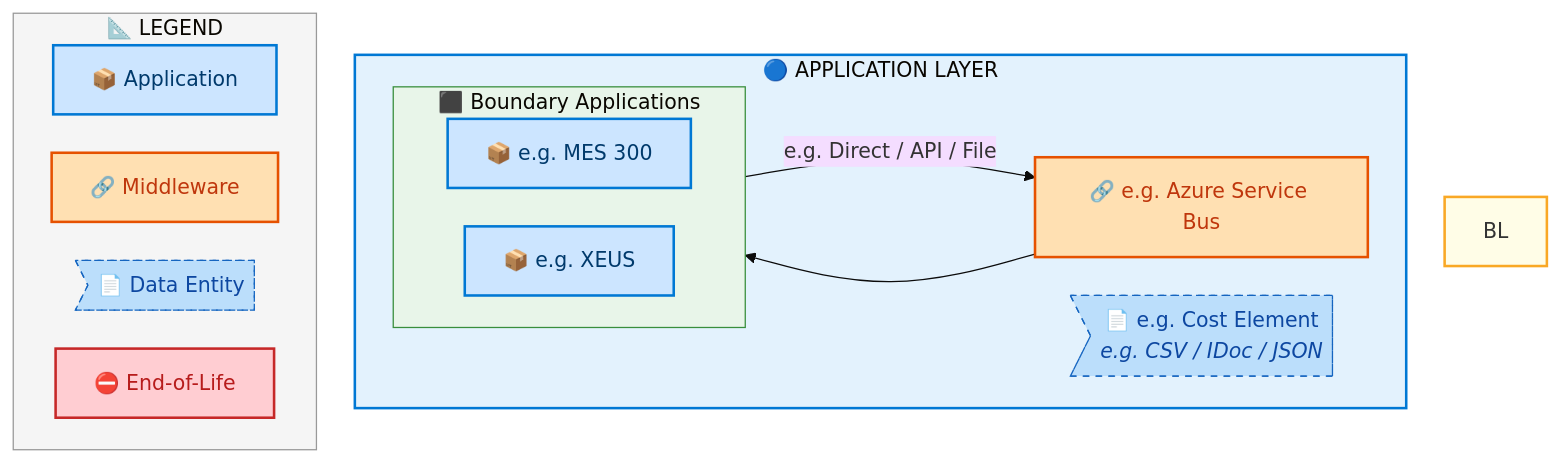
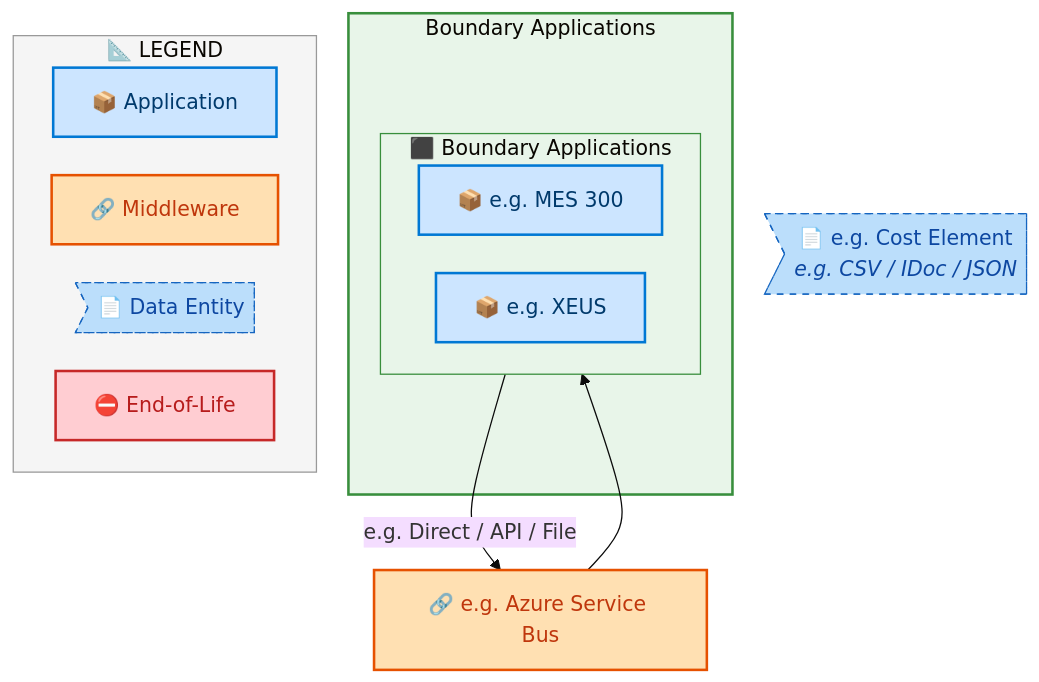
One commit to sajivfrancis777/IAO-Architecture changed diagram 16 of 19 in towers/E2E/Forecast to Stock/E2E-74/output/docs/systems-architecture/E2E-74-Architecture.md. Above: the diagram before and after it, drawn with Mermaid. The commit also changed other lines of this file and 106 other files, not shown here.

First line of the commit message:
feat: tier-grouped swim lane layout for architecture diagrams

````diff
--- a/towers/E2E/Forecast to Stock/E2E-74/output/docs/systems-architecture/E2E-74-Architecture.md
+++ b/towers/E2E/Forecast to Stock/E2E-74/output/docs/systems-architecture/E2E-74-Architecture.md
@@ -2651,41 +2651,40 @@
 ```mermaid
 %%{init: {"theme": "base", "securityLevel": "loose", "themeVariables": {"fontSize": "16px", "fontFamily": "Segoe UI, Arial, sans-serif"}, "flowchart": {"useMaxWidth": false, "htmlLabels": true, "nodeSpacing": 30, "rankSpacing": 35}} }%%
 flowchart TB
     %% -- ArchiMate 3.2 + Azure style classes --
     classDef business      fill:#FFFFB3,stroke:#F9A825,stroke-width:2px,color:#000
     classDef app           fill:#CCE5FF,stroke:#0078D4,stroke-width:2px,color:#003A6C
     classDef data          fill:#BBDEFB,stroke:#1565C0,stroke-width:1px,color:#0D47A1,stroke-dasharray: 5 5
     classDef middleware    fill:#FFE0B2,stroke:#E65100,stroke-width:2px,color:#BF360C
     classDef eol           fill:#FFCDD2,stroke:#C62828,stroke-width:2px,color:#B71C1C
     classDef saas          fill:#E1BEE7,stroke:#7B1FA2,stroke-width:2px,color:#4A148C
     classDef cloud         fill:#BBDEFB,stroke:#1565C0,stroke-width:2px,color:#0D47A1
     classDef onprem        fill:#C8E6C9,stroke:#2E7D32,stroke-width:2px,color:#1B5E20
 
-    subgraph AL["🔵 APPLICATION LAYER"]
+    subgraph E2E74CT_Boundary_Applications["Boundary Applications"]
         subgraph E2E74CLN_Boundary_Applications[" ⬛ Boundary Applications"]
             direction LR
             E2E74C_e_g_MES_300["📦 e.g. MES 300"]:::app
             E2E74C_e_g_XEUS["📦 e.g. XEUS"]:::app
         end
-        E2E74CMW_e_g_Azure_Service_Bus["🔗 e.g. Azure Service Bus"]:::middleware
-        E2E74CDE_e_g_Cost_Element>"📄 e.g. Cost Element<br/><i>e.g. CSV / IDoc / JSON</i>"]:::data
     end
+
+    E2E74CMW_e_g_Azure_Service_Bus["🔗 e.g. Azure Service Bus"]:::middleware
+    E2E74CDE_e_g_Cost_Element>"📄 e.g. Cost Element<br/><i>e.g. CSV / IDoc / JSON</i>"]:::data
 
     E2E74C_e_g_MES_300 -->|"e.g. Direct / API / File"| E2E74CMW_e_g_Azure_Service_Bus
     E2E74CMW_e_g_Azure_Service_Bus --> E2E74C_e_g_XEUS
 
 
-    style BL fill:#FFFDE7,stroke:#F9A825,stroke-width:2px
-    style AL fill:#E3F2FD,stroke:#0078D4,stroke-width:2px
-
+    style E2E74CT_Boundary_Applications fill:#E8F5E9,stroke:#388E3C,stroke-width:2px
     style E2E74CLN_Boundary_Applications fill:#E8F5E9,stroke:#388E3C,stroke-width:1px
 
     subgraph Legend["📐 LEGEND"]
         direction LR
         L_APP["📦 Application"]:::app
         L_MW["🔗 Middleware"]:::middleware
         L_DE>"📄 Data Entity"]:::data
         L_EOL["⛔ End-of-Life"]:::eol
     end
     style Legend fill:#F5F5F5,stroke:#999,stroke-width:1px
 ```
````
